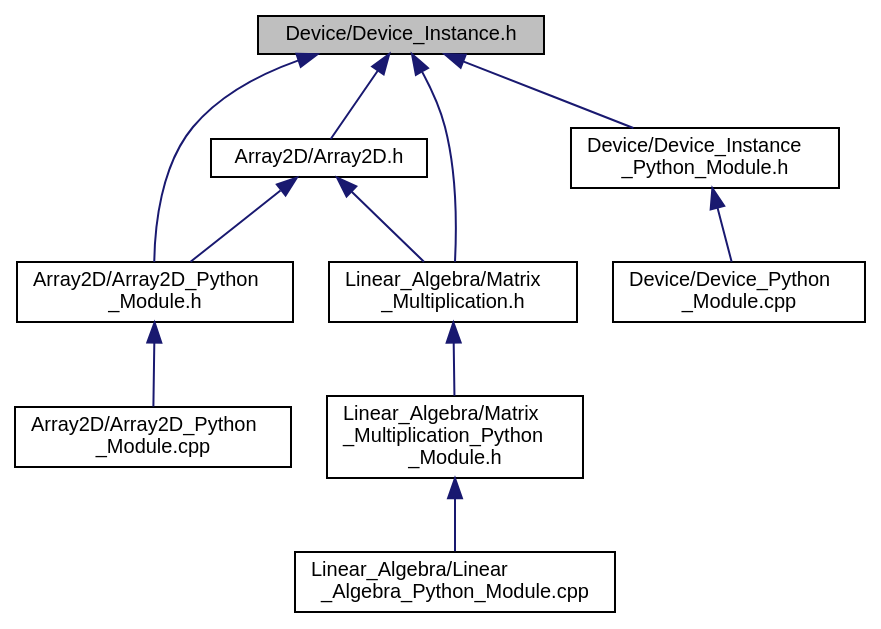
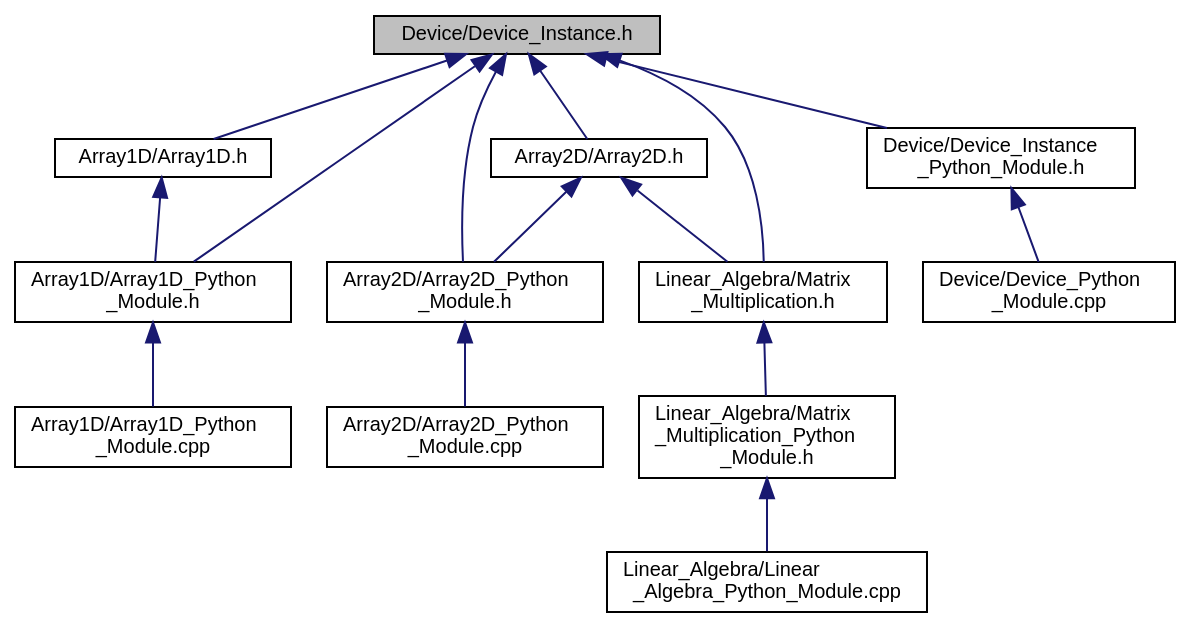
Before and after one commit to OsmanAEG/PySYCL: the diagram in docs/PySYCL_doxygen_html/_device___instance_8h__dep__incl.dot, drawn with Graphviz. The commit also changed 147 other files, not shown here.

```diff
--- a/docs/PySYCL_doxygen_html/_device___instance_8h__dep__incl.dot
+++ b/docs/PySYCL_doxygen_html/_device___instance_8h__dep__incl.dot
@@ -1,27 +1,34 @@
 digraph "Device/Device_Instance.h"
 {
  // INTERACTIVE_SVG=YES
  // LATEX_PDF_SIZE
   bgcolor="transparent";
   edge [fontname="Helvetica",fontsize="10",labelfontname="Helvetica",labelfontsize="10"];
   node [fontname="Helvetica",fontsize="10",shape=record];
   Node1 [label="Device/Device_Instance.h",height=0.2,width=0.4,color="black", fillcolor="grey75", style="filled", fontcolor="black",tooltip="Device instance for device selection in PySYCL."];
   Node1 -> Node2 [dir="back",color="midnightblue",fontsize="10",style="solid",fontname="Helvetica"];
-  Node2 [label="Array2D/Array2D.h",height=0.2,width=0.4,color="black",URL="$_array2_d_8h.html",tooltip="Array2D in PySYCL. This is the shared version of the Array2D class. It is used when the user wants to..."];
+  Node2 [label="Array1D/Array1D.h",height=0.2,width=0.4,color="black",URL="$_array1_d_8h.html",tooltip="Array1D in PySYCL."];
   Node2 -> Node3 [dir="back",color="midnightblue",fontsize="10",style="solid",fontname="Helvetica"];
-  Node3 [label="Array2D/Array2D_Python\l_Module.h",height=0.2,width=0.4,color="black",URL="$_array2_d___python___module_8h.html",tooltip="Python module for an array_2d object in PySYCL."];
+  Node3 [label="Array1D/Array1D_Python\l_Module.h",height=0.2,width=0.4,color="black",URL="$_array1_d___python___module_8h.html",tooltip="Python module for an array_1d object in PySYCL."];
   Node3 -> Node4 [dir="back",color="midnightblue",fontsize="10",style="solid",fontname="Helvetica"];
-  Node4 [label="Array2D/Array2D_Python\l_Module.cpp",height=0.2,width=0.4,color="black",URL="$_array2_d___python___module_8cpp.html",tooltip="Python module for array_2d in PySYCL."];
-  Node2 -> Node5 [dir="back",color="midnightblue",fontsize="10",style="solid",fontname="Helvetica"];
-  Node5 [label="Linear_Algebra/Matrix\l_Multiplication.h",height=0.2,width=0.4,color="black",URL="$_matrix___multiplication_8h.html",tooltip="Matrix Multiplication in PySYCL."];
+  Node4 [label="Array1D/Array1D_Python\l_Module.cpp",height=0.2,width=0.4,color="black",URL="$_array1_d___python___module_8cpp.html",tooltip="Python module for array_1d in PySYCL."];
+  Node1 -> Node3 [dir="back",color="midnightblue",fontsize="10",style="solid",fontname="Helvetica"];
+  Node1 -> Node5 [dir="back",color="midnightblue",fontsize="10",style="solid",fontname="Helvetica"];
+  Node5 [label="Array2D/Array2D.h",height=0.2,width=0.4,color="black",URL="$_array2_d_8h.html",tooltip="Array2D in PySYCL."];
   Node5 -> Node6 [dir="back",color="midnightblue",fontsize="10",style="solid",fontname="Helvetica"];
-  Node6 [label="Linear_Algebra/Matrix\l_Multiplication_Python\l_Module.h",height=0.2,width=0.4,color="black",URL="$_matrix___multiplication___python___module_8h.html",tooltip="Python module for a matrix multiplication in PySYCL."];
+  Node6 [label="Array2D/Array2D_Python\l_Module.h",height=0.2,width=0.4,color="black",URL="$_array2_d___python___module_8h.html",tooltip="Python module for an array_2d object in PySYCL."];
   Node6 -> Node7 [dir="back",color="midnightblue",fontsize="10",style="solid",fontname="Helvetica"];
-  Node7 [label="Linear_Algebra/Linear\l_Algebra_Python_Module.cpp",height=0.2,width=0.4,color="black",URL="$_linear___algebra___python___module_8cpp.html",tooltip="Python module for linalg in PySYCL."];
-  Node1 -> Node3 [dir="back",color="midnightblue",fontsize="10",style="solid",fontname="Helvetica"];
+  Node7 [label="Array2D/Array2D_Python\l_Module.cpp",height=0.2,width=0.4,color="black",URL="$_array2_d___python___module_8cpp.html",tooltip="Python module for array_2d in PySYCL."];
+  Node5 -> Node8 [dir="back",color="midnightblue",fontsize="10",style="solid",fontname="Helvetica"];
+  Node8 [label="Linear_Algebra/Matrix\l_Multiplication.h",height=0.2,width=0.4,color="black",URL="$_matrix___multiplication_8h.html",tooltip="Matrix Multiplication in PySYCL."];
+  Node8 -> Node9 [dir="back",color="midnightblue",fontsize="10",style="solid",fontname="Helvetica"];
+  Node9 [label="Linear_Algebra/Matrix\l_Multiplication_Python\l_Module.h",height=0.2,width=0.4,color="black",URL="$_matrix___multiplication___python___module_8h.html",tooltip="Python module for a matrix multiplication in PySYCL."];
+  Node9 -> Node10 [dir="back",color="midnightblue",fontsize="10",style="solid",fontname="Helvetica"];
+  Node10 [label="Linear_Algebra/Linear\l_Algebra_Python_Module.cpp",height=0.2,width=0.4,color="black",URL="$_linear___algebra___python___module_8cpp.html",tooltip="Python module for linalg in PySYCL."];
+  Node1 -> Node6 [dir="back",color="midnightblue",fontsize="10",style="solid",fontname="Helvetica"];
+  Node1 -> Node11 [dir="back",color="midnightblue",fontsize="10",style="solid",fontname="Helvetica"];
+  Node11 [label="Device/Device_Instance\l_Python_Module.h",height=0.2,width=0.4,color="black",URL="$_device___instance___python___module_8h.html",tooltip="Python module for device instance in PySYCL."];
+  Node11 -> Node12 [dir="back",color="midnightblue",fontsize="10",style="solid",fontname="Helvetica"];
+  Node12 [label="Device/Device_Python\l_Module.cpp",height=0.2,width=0.4,color="black",URL="$_device___python___module_8cpp.html",tooltip="Python module for device in PySYCL."];
   Node1 -> Node8 [dir="back",color="midnightblue",fontsize="10",style="solid",fontname="Helvetica"];
-  Node8 [label="Device/Device_Instance\l_Python_Module.h",height=0.2,width=0.4,color="black",URL="$_device___instance___python___module_8h.html",tooltip="Python module for device instance in PySYCL."];
-  Node8 -> Node9 [dir="back",color="midnightblue",fontsize="10",style="solid",fontname="Helvetica"];
-  Node9 [label="Device/Device_Python\l_Module.cpp",height=0.2,width=0.4,color="black",URL="$_device___python___module_8cpp.html",tooltip="Python module for device in PySYCL."];
-  Node1 -> Node5 [dir="back",color="midnightblue",fontsize="10",style="solid",fontname="Helvetica"];
 }
```
